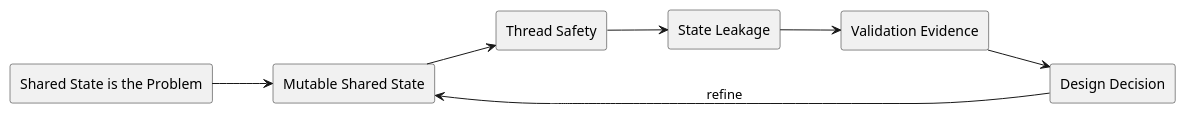
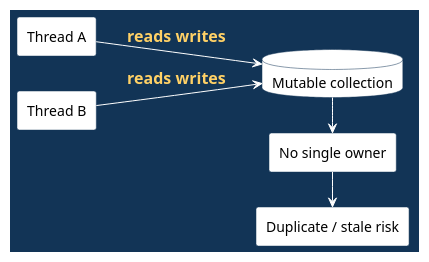
Before and after one commit to madajaju/CS5254: the fourth of 22 diagrams in doc/lectures/week3/shared_state_problem/README.slides.adoc, drawn with PlantUML. The commit also changed other lines of this file and 21 other files, not shown here.

```diff
--- a/doc/lectures/week3/shared_state_problem/README.slides.adoc
+++ b/doc/lectures/week3/shared_state_problem/README.slides.adoc
@@ -91,22 +253,62 @@
-[plantuml, target=architecture, format=svg, width=80%]
+[plantuml, target=shared_state_problem_4_core_concept_mutable_, format=svg, width=100%]
 ----
 @startuml
-skinparam monochrome true
+skinparam BackgroundColor #123456
+skinparam DefaultFontColor white
+skinparam ArrowColor white
+skinparam ArrowFontColor #ffd166
+skinparam ArrowFontStyle bold
+skinparam ArrowFontSize 16
+skinparam ActorBorderColor #123456
+skinparam ActorFontColor white
+skinparam participant {
+  BackgroundColor white
+  BorderColor #123456
+  FontColor black
+}
+skinparam sequence {
+  LifeLineBorderColor white
+  LifeLineBackgroundColor white
+  ParticipantBorderColor #123456
+  ParticipantBackgroundColor white
+  ParticipantFontColor black
+}
+skinparam rectangle {
+  BackgroundColor white
+  BorderColor #123456
+  FontColor black
+}
+skinparam database {
+  BackgroundColor white
+  BorderColor #123456
+  FontColor black
+}
+skinparam state {
+  BackgroundColor white
+  BorderColor #123456
+  FontColor black
+}
+skinparam activity {
+  BackgroundColor white
+  BorderColor #123456
+  FontColor black
+}
+skinparam note {
+  BackgroundColor white
+  BorderColor #123456
+  FontColor black
+}
 skinparam shadowing false
 left to right direction
 
-rectangle "Shared State is the Problem" as Topic
-rectangle "Mutable Shared State" as A
-rectangle "Thread Safety" as B
-rectangle "State Leakage" as C
-rectangle "Validation Evidence" as V
-rectangle "Design Decision" as D
-
-Topic --> A
-A --> B
-B --> C
-C --> V
-V --> D
-D --> A : refine
+rectangle "Thread A" as A
+rectangle "Thread B" as B
+database "Mutable collection" as M
+rectangle "No single owner" as N
+rectangle "Duplicate / stale risk" as R
+A --> M : reads writes
+B --> M : reads writes
+M -> N
+N -> R
 @enduml
 ----
```
